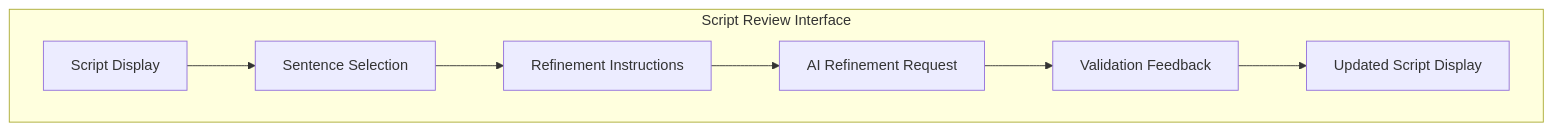
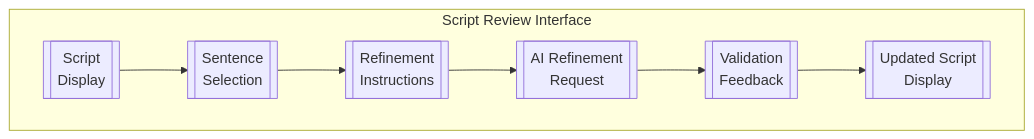
One commit to abhivir-42/marketing-app-ad-gen changed the seventh of 7 diagrams in project-presentation.md. Above: the diagram before and after it, drawn with Mermaid. The commit also changed other lines of this file, not shown here.

Commit message:
Fix: Text truncation in diagrams

````diff
--- a/project-presentation.md
+++ b/project-presentation.md
@@ -683,10 +683,10 @@
 ```mermaid
 graph TD
     subgraph "Script Review Interface"
-        A["Script Display"] --> B["Sentence Selection"]
-        B --> C["Refinement Instructions"]
-        C --> D["AI Refinement Request"]
-        D --> E["Validation Feedback"]
-        E --> F["Updated Script Display"]
+        A[["Script<br>Display"]] --> B[["Sentence<br>Selection"]]
+        B --> C[["Refinement<br>Instructions"]]
+        C --> D[["AI Refinement<br>Request"]]
+        D --> E[["Validation<br>Feedback"]]
+        E --> F[["Updated Script<br>Display"]]
     end
 ```
````
